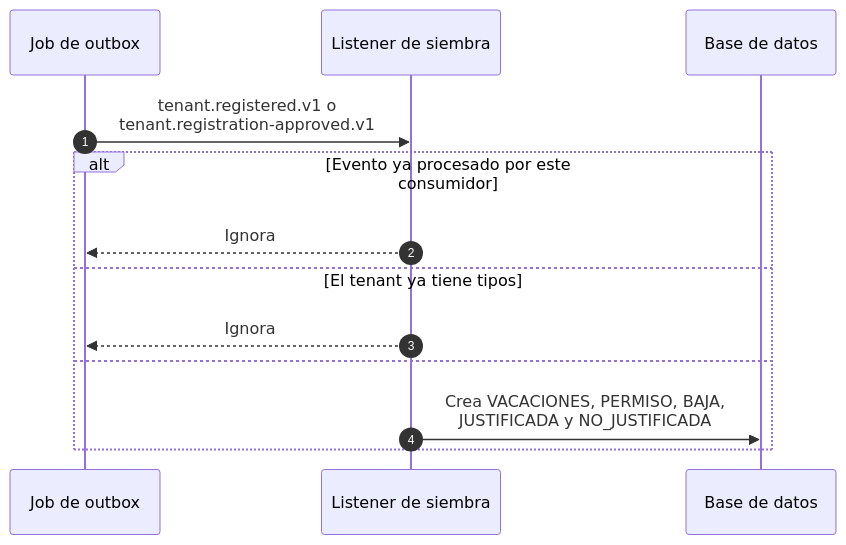
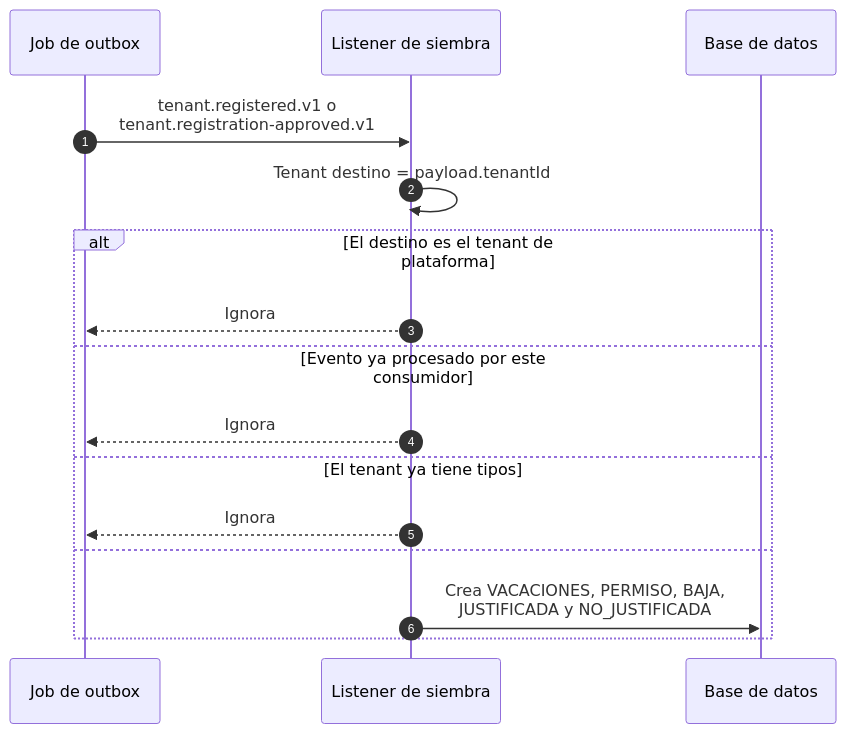
One commit to marc-mainpro/timetracking changed the first of 3 diagrams in docs/procesos/gestion-de-ausencias.md. Above: the diagram before and after it, drawn with Mermaid. The commit also changed other lines of this file and 11 other files, not shown here.

First line of the commit message:
fix(absence): siembra el catálogo en el tenant del payload, no en el del sobre

````diff
--- a/docs/procesos/gestion-de-ausencias.md
+++ b/docs/procesos/gestion-de-ausencias.md
@@ -26,16 +31,19 @@
 ```mermaid
 sequenceDiagram
     autonumber
     participant O as Job de outbox
     participant L as Listener de siembra
     participant BD as Base de datos
 
     O->>L: tenant.registered.v1 o<br/>tenant.registration-approved.v1
-    alt Evento ya procesado por este consumidor
+    L->>L: Tenant destino = payload.tenantId
+    alt El destino es el tenant de plataforma
+        L-->>O: Ignora
+    else Evento ya procesado por este consumidor
         L-->>O: Ignora
     else El tenant ya tiene tipos
         L-->>O: Ignora
     else
         L->>BD: Crea VACACIONES, PERMISO, BAJA,<br/>JUSTIFICADA y NO_JUSTIFICADA
     end
 ```
````
